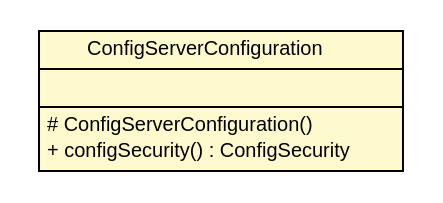
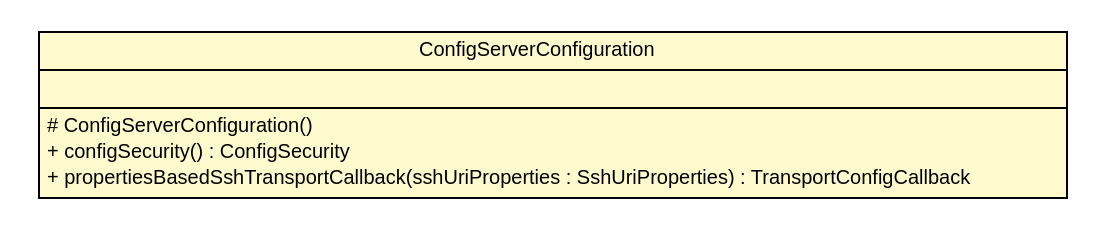
Before and after one commit to sfeng9d/spring-cloud-config: the diagram in snapshot/build-docker/maven-build-java8/spring-cloud-config/spring-cloud-config-server/apidocs/cn/home1/cloud/config/server/ConfigServer.ConfigServerConfiguration.dot, drawn with Graphviz. The commit also changed 149 other files, not shown here.

Commit message:
Creating site for spring-cloud-config-server-0.0.1-SNAPSHOT

```diff
--- a/snapshot/build-docker/maven-build-java8/spring-cloud-config/spring-cloud-config-server/apidocs/cn/home1/cloud/config/server/ConfigServer.ConfigServerConfiguration.dot
+++ b/snapshot/build-docker/maven-build-java8/spring-cloud-config/spring-cloud-config-server/apidocs/cn/home1/cloud/config/server/ConfigServer.ConfigServerConfiguration.dot
@@ -1,25 +1,26 @@
 #!/usr/local/bin/dot
 #
 # Class diagram 
 # Generated by UMLGraph version R5_6-24-gf6e263 (http://www.umlgraph.org/)
 #
 
 digraph G {
 	edge [fontname="Helvetica",fontsize=10,labelfontname="Helvetica",labelfontsize=10];
 	node [fontname="Helvetica",fontsize=10,shape=plaintext];
 	nodesep=0.25;
 	ranksep=0.5;
 	// cn.home1.cloud.config.server.ConfigServer.ConfigServerConfiguration
-	c169 [label=<<table title="cn.home1.cloud.config.server.ConfigServer.ConfigServerConfiguration" border="0" cellborder="1" cellspacing="0" cellpadding="2" port="p" bgcolor="lemonChiffon" href="./ConfigServer.ConfigServerConfiguration.html">
+	c160 [label=<<table title="cn.home1.cloud.config.server.ConfigServer.ConfigServerConfiguration" border="0" cellborder="1" cellspacing="0" cellpadding="2" port="p" bgcolor="lemonChiffon" href="./ConfigServer.ConfigServerConfiguration.html">
 		<tr><td><table border="0" cellspacing="0" cellpadding="1">
 <tr><td align="center" balign="center"> ConfigServerConfiguration </td></tr>
 		</table></td></tr>
 		<tr><td><table border="0" cellspacing="0" cellpadding="1">
 <tr><td align="left" balign="left">  </td></tr>
 		</table></td></tr>
 		<tr><td><table border="0" cellspacing="0" cellpadding="1">
 <tr><td align="left" balign="left"> # ConfigServerConfiguration() </td></tr>
 <tr><td align="left" balign="left"> + configSecurity() : ConfigSecurity </td></tr>
+<tr><td align="left" balign="left"> + propertiesBasedSshTransportCallback(sshUriProperties : SshUriProperties) : TransportConfigCallback </td></tr>
 		</table></td></tr>
 		</table>>, URL="./ConfigServer.ConfigServerConfiguration.html", fontname="Helvetica", fontcolor="black", fontsize=10.0];
 }
```
